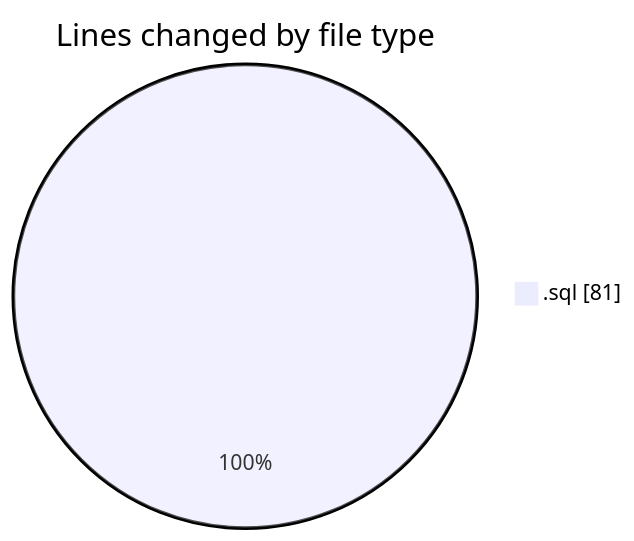
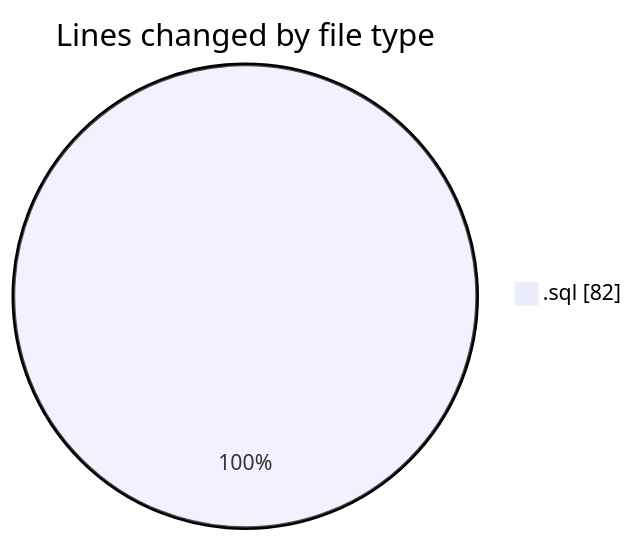
The first of 2 diagrams in 2026-11-27/cilwebcustomercomunication/README.md (ricardozamudiocil/code-tracking), drawn with Mermaid before and after one commit. The commit also changed other lines of this file and 1 other file, not shown here.

````diff
--- a/2026-11-27/cilwebcustomercomunication/README.md
+++ b/2026-11-27/cilwebcustomercomunication/README.md
@@ -20,5 +20,5 @@
 ```mermaid
 pie showData
 title Lines changed by file type
-".sql" : 81
+".sql" : 82
 ```
````
